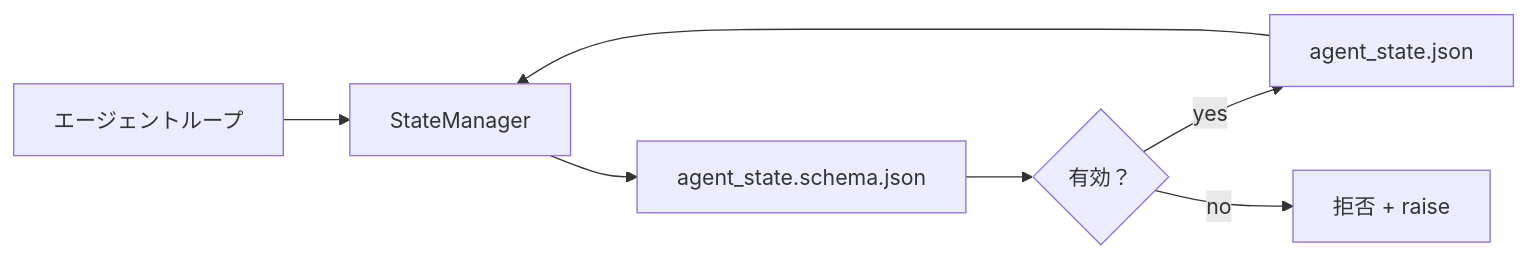
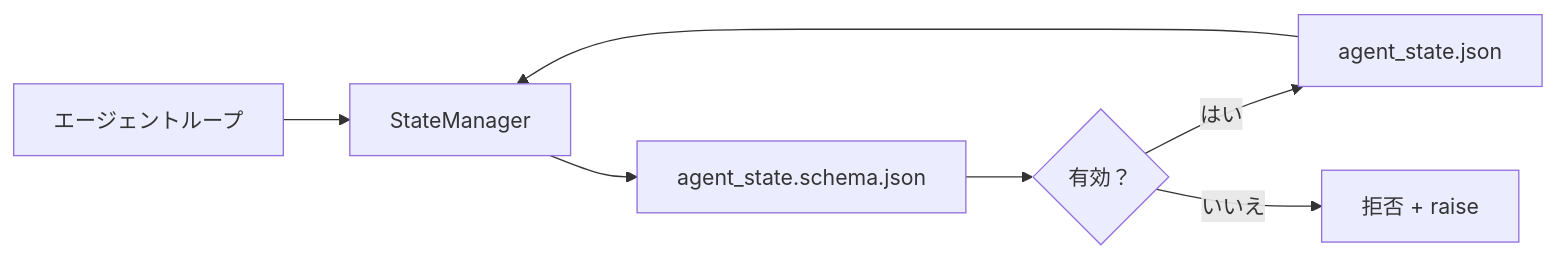
The diagram in content/phases/14-agent-engineering/34-repo-memory-and-state/lesson.ja.md (shoshoshomen/synapse-academy), drawn with Mermaid before and after one commit. The commit also changed 124 other files, not shown here.

First line of the commit message:
feat(i18n): mermaid図のラベルを日本語化(194レッスン/374図)

````diff
--- a/content/phases/14-agent-engineering/34-repo-memory-and-state/lesson.ja.md
+++ b/content/phases/14-agent-engineering/34-repo-memory-and-state/lesson.ja.md
@@ -21,9 +21,9 @@
 ```mermaid
 flowchart LR
-  Agent[エージェントループ] --> Manager[StateManager]
-  Manager --> Schema[agent_state.schema.json]
-  Schema --> Validate{有効？}
-  Validate -- yes --> Write[agent_state.json]
-  Validate -- no --> Reject[拒否 + raise]
+  Agent["エージェントループ"] --> Manager["StateManager"]
+  Manager --> Schema["agent_state.schema.json"]
+  Schema --> Validate{"有効？"}
+  Validate -- "はい" --> Write["agent_state.json"]
+  Validate -- "いいえ" --> Reject["拒否 + raise"]
   Write --> Manager
 ```
````
